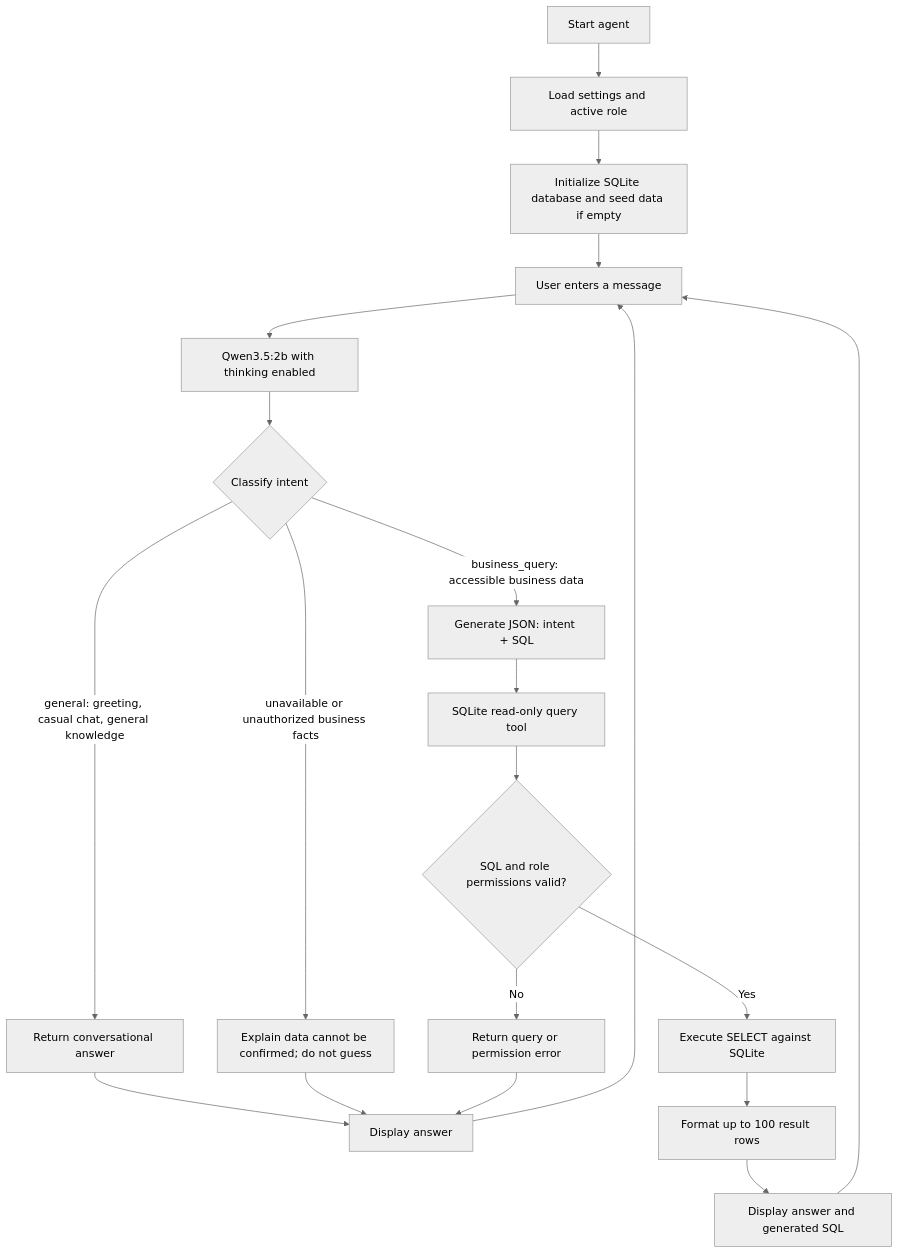
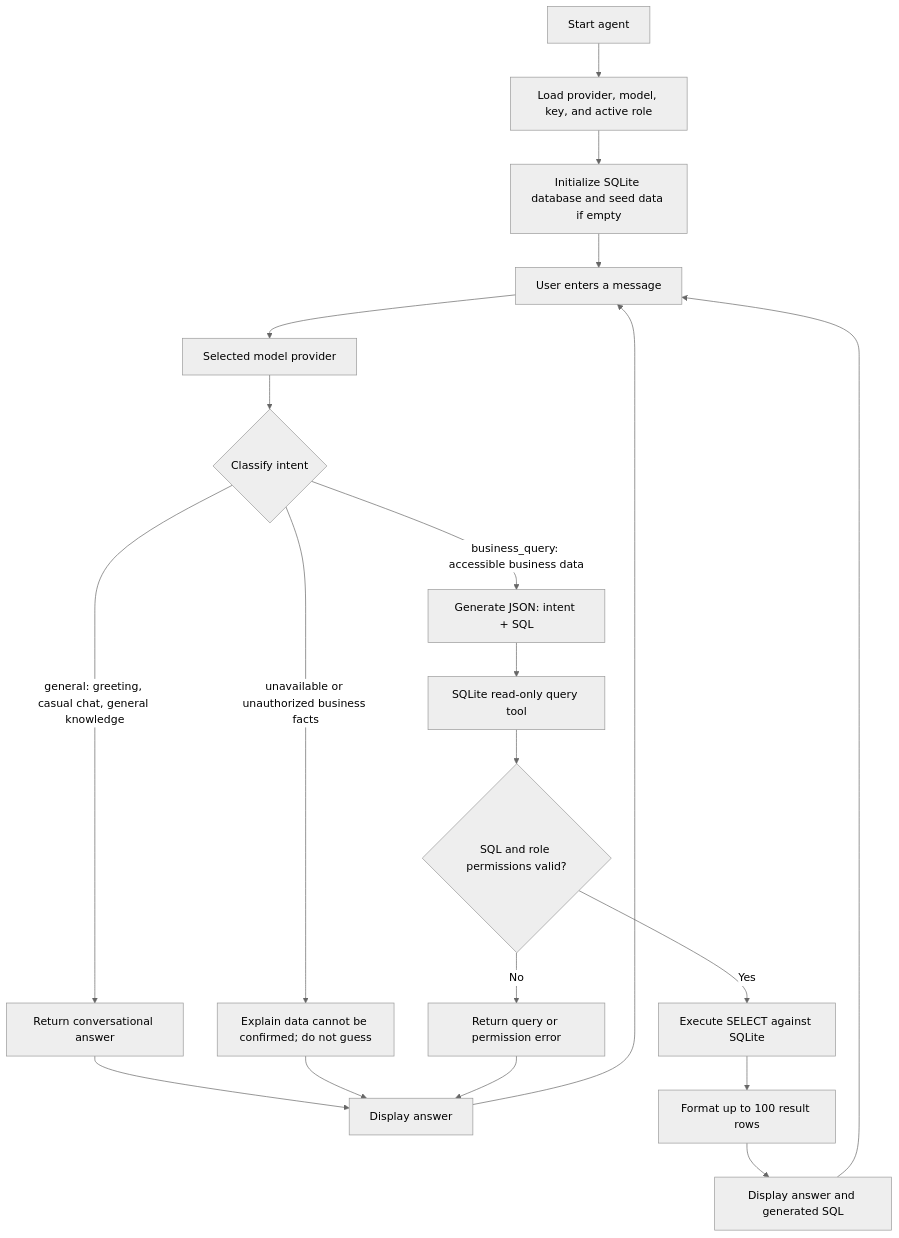
One commit to SsiStevenMao/business-agent changed the diagram in README.md. Above: the diagram before and after it, drawn with Mermaid (neutral theme). The commit also changed other lines of this file and 7 other files, not shown here.

````diff
--- a/README.md
+++ b/README.md
@@ -13,26 +12,26 @@
 ```mermaid
 flowchart TD
-    A["Start agent"] --> B["Load settings and active role"]
+    A["Start agent"] --> B["Load provider, model, key, and active role"]
     B --> C["Initialize SQLite database and seed data if empty"]
     C --> D["User enters a message"]
-    D --> E["Qwen3.5:2b with thinking enabled"]
+    D --> E["Selected model provider"]
     E --> F{"Classify intent"}
 
     F -->|"general: greeting, casual chat, general knowledge"| G["Return conversational answer"]
     G --> R["Display answer"]
 
     F -->|"business_query: accessible business data"| H["Generate JSON: intent + SQL"]
     F -->|"unavailable or unauthorized business facts"| N["Explain data cannot be confirmed; do not guess"]
     N --> R
 
     H --> I["SQLite read-only query tool"]
     I --> J{"SQL and role permissions valid?"}
     J -->|"No"| K["Return query or permission error"]
     K --> R
     J -->|"Yes"| L["Execute SELECT against SQLite"]
     L --> M["Format up to 100 result rows"]
     M --> S["Display answer and generated SQL"]
 
     R --> D
     S --> D
 ```
````
